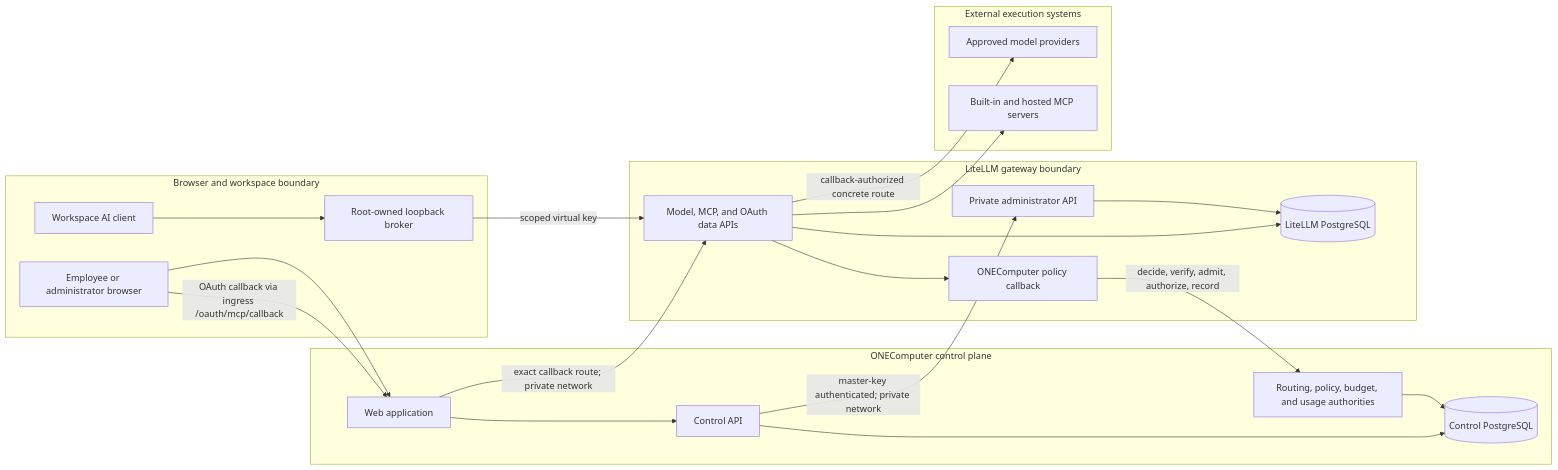
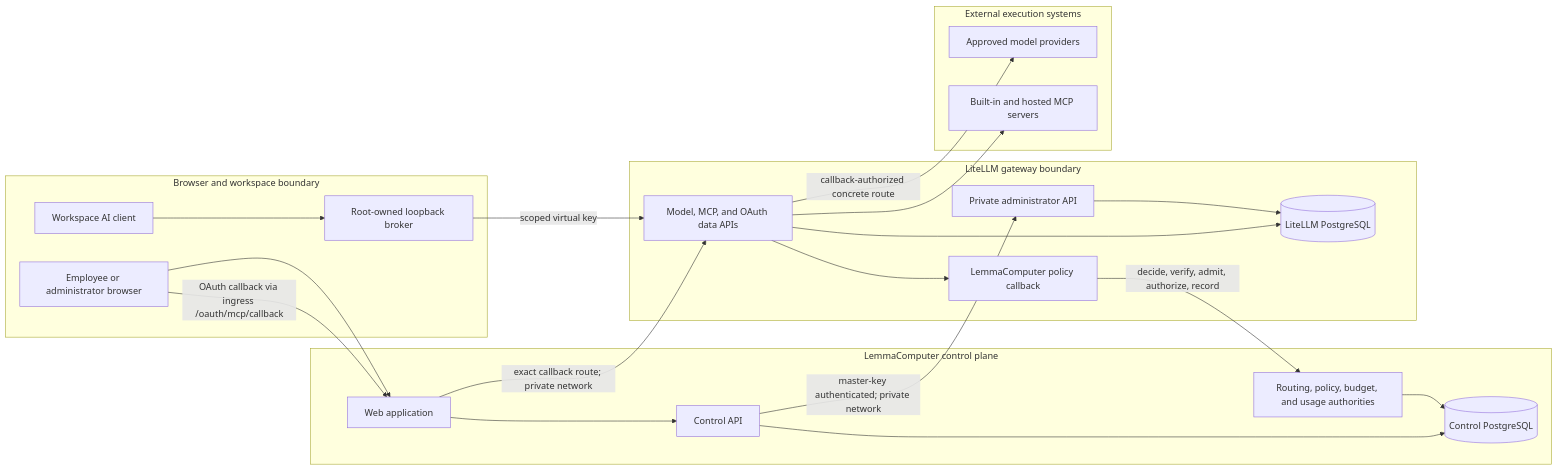
The first of 2 diagrams in docs/litellm-gateway-architecture.md (ONE-Computer/LemmaComputer), drawn with Mermaid before and after one commit. The commit also changed other lines of this file and 86 other files, not shown here.

Commit message:
Rebrand product as LemmaComputer

````diff
--- a/docs/litellm-gateway-architecture.md
+++ b/docs/litellm-gateway-architecture.md
@@ -23,41 +23,41 @@
 ```mermaid
 flowchart LR
   subgraph UserBoundary["Browser and workspace boundary"]
     Browser["Employee or administrator browser"]
     Agent["Workspace AI client"]
     Broker["Root-owned loopback broker"]
   end
 
-  subgraph ControlBoundary["ONEComputer control plane"]
+  subgraph ControlBoundary["LemmaComputer control plane"]
     Web["Web application"]
     Control["Control API"]
     Routing["Routing, policy, budget, and usage authorities"]
     ControlDB[("Control PostgreSQL")]
   end
 
   subgraph GatewayBoundary["LiteLLM gateway boundary"]
     AdminAPI["Private administrator API"]
     DataAPI["Model, MCP, and OAuth data APIs"]
-    Callback["ONEComputer policy callback"]
+    Callback["LemmaComputer policy callback"]
     LiteLLMDB[("LiteLLM PostgreSQL")]
   end
 
   subgraph Upstreams["External execution systems"]
     Providers["Approved model providers"]
     MCP["Built-in and hosted MCP servers"]
   end
 
   Browser --> Web --> Control
   Browser -->|"OAuth callback via ingress /oauth/mcp/callback"| Web
   Web -->|"exact callback route; private network"| DataAPI
   Agent --> Broker -->|"scoped virtual key"| DataAPI
   Control -->|"master-key authenticated; private network"| AdminAPI
   AdminAPI --> LiteLLMDB
   DataAPI --> LiteLLMDB
   DataAPI --> Callback
   Callback -->|"decide, verify, admit, authorize, record"| Routing
   Routing --> ControlDB
   Control --> ControlDB
   DataAPI -->|"callback-authorized concrete route"| Providers
   DataAPI --> MCP
 ```
````
